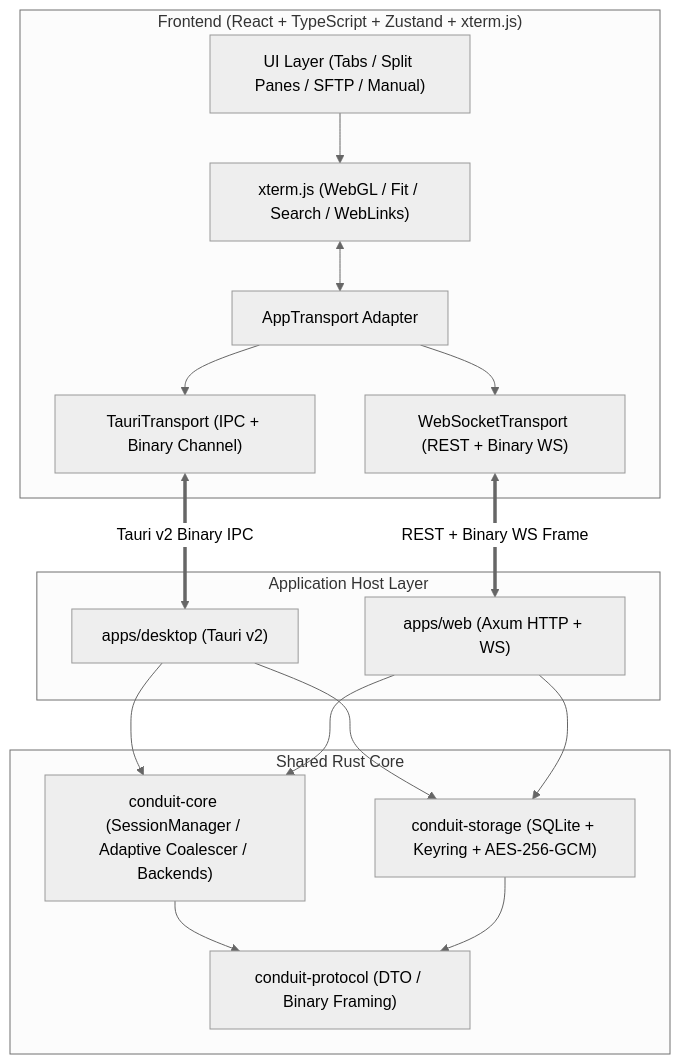
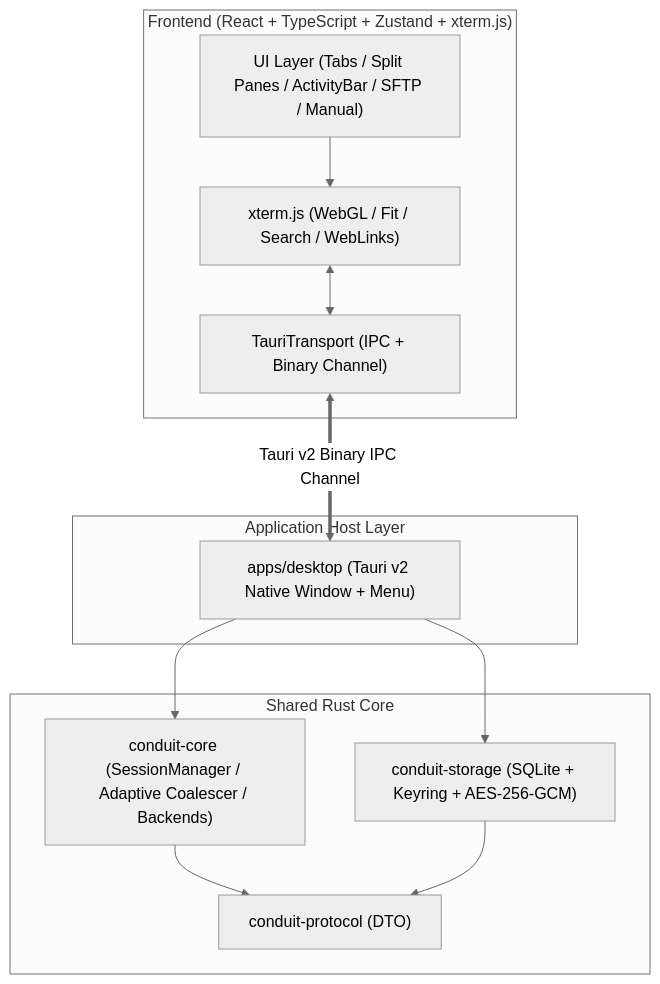
One commit to Othkkartho/ConduitProject changed the diagram in README.md. Above: the diagram before and after it, drawn with Mermaid (neutral theme). The commit also changed other lines of this file and 8 other files, not shown here.

Commit message:
docs(desktop): remove web mode references from UI manual and project docs

````diff
--- a/README.md
+++ b/README.md
@@ -31,35 +31,27 @@
 ```mermaid
 flowchart TB
     subgraph Frontend["Frontend (React + TypeScript + Zustand + xterm.js)"]
-        UI["UI Layer (Tabs / Split Panes / SFTP / Manual)"]
+        UI["UI Layer (Tabs / Split Panes / ActivityBar / SFTP / Manual)"]
         Xterm["xterm.js (WebGL / Fit / Search / WebLinks)"]
-        Transport["AppTransport Adapter"]
-        TauriAdapter["TauriTransport (IPC + Binary Channel)"]
-        WsAdapter["WebSocketTransport (REST + Binary WS)"]
+        Transport["TauriTransport (IPC + Binary Channel)"]
 
         UI --> Xterm
         Xterm <--> Transport
-        Transport --> TauriAdapter
-        Transport --> WsAdapter
     end
 
-    subgraph Hosts["Application Host Layer"]
-        Desktop["apps/desktop (Tauri v2)"]
-        Web["apps/web (Axum HTTP + WS)"]
+    subgraph Desktop["Application Host Layer"]
+        TauriHost["apps/desktop (Tauri v2 Native Window + Menu)"]
     end
 
     subgraph Workspace["Shared Rust Core"]
-        Protocol["conduit-protocol (DTO / Binary Framing)"]
+        Protocol["conduit-protocol (DTO)"]
         Core["conduit-core (SessionManager / Adaptive Coalescer / Backends)"]
         Storage["conduit-storage (SQLite + Keyring + AES-256-GCM)"]
     end
 
-    TauriAdapter <==>|"Tauri v2 Binary IPC"| Desktop
-    WsAdapter <==>|"REST + Binary WS Frame"| Web
-    Desktop --> Core
-    Desktop --> Storage
-    Web --> Core
-    Web --> Storage
+    Transport <==>|"Tauri v2 Binary IPC Channel"| TauriHost
+    TauriHost --> Core
+    TauriHost --> Storage
     Core --> Protocol
     Storage --> Protocol
 ```
````
